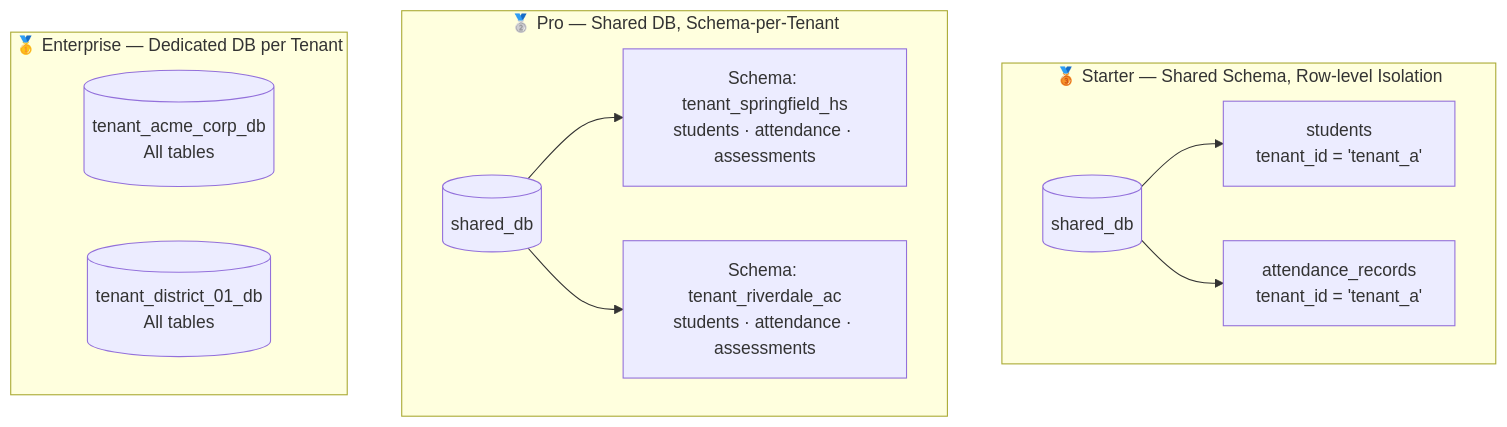
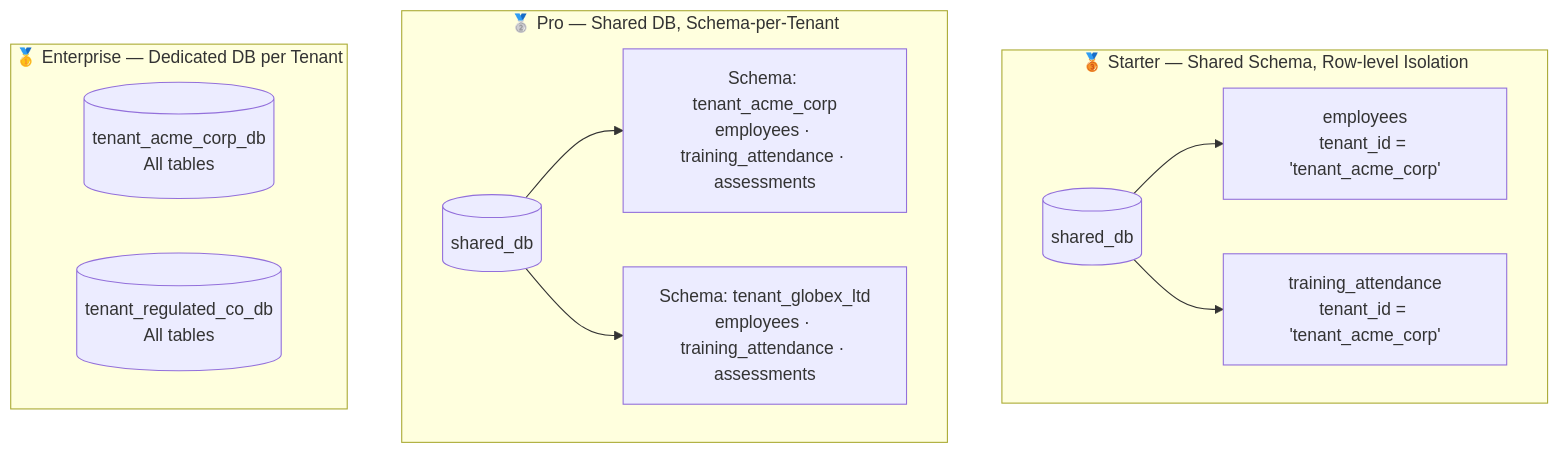
Before and after one commit to taarak18/propeller: the first of 3 diagrams in L-D/.sasva/overview/02-database.md, drawn with Mermaid. The commit also changed other lines of this file and 6 other files, not shown here.

````diff
--- a/L-D/.sasva/overview/02-database.md
+++ b/L-D/.sasva/overview/02-database.md
@@ -7,21 +7,21 @@
 ```mermaid
 graph TB
     subgraph STARTER["🥉 Starter — Shared Schema, Row-level Isolation"]
         SS_DB[(shared_db)]
-        SS_STU[students\ntenant_id = 'tenant_a']
-        SS_ATT[attendance_records\ntenant_id = 'tenant_a']
-        SS_DB --> SS_STU & SS_ATT
+        SS_EMP[employees\ntenant_id = 'tenant_acme_corp']
+        SS_ATT[training_attendance\ntenant_id = 'tenant_acme_corp']
+        SS_DB --> SS_EMP & SS_ATT
     end
 
     subgraph PRO["🥈 Pro — Shared DB, Schema-per-Tenant"]
         SP_DB[(shared_db)]
-        SP_S1[Schema: tenant_springfield_hs\nstudents · attendance · assessments]
-        SP_S2[Schema: tenant_riverdale_ac\nstudents · attendance · assessments]
+        SP_S1[Schema: tenant_acme_corp\nemployees · training_attendance · assessments]
+        SP_S2[Schema: tenant_globex_ltd\nemployees · training_attendance · assessments]
         SP_DB --> SP_S1 & SP_S2
     end
 
     subgraph ENT["🥇 Enterprise — Dedicated DB per Tenant"]
         E_DB1[(tenant_acme_corp_db\nAll tables)]
-        E_DB2[(tenant_district_01_db\nAll tables)]
+        E_DB2[(tenant_regulated_co_db\nAll tables)]
     end
 ```
````
